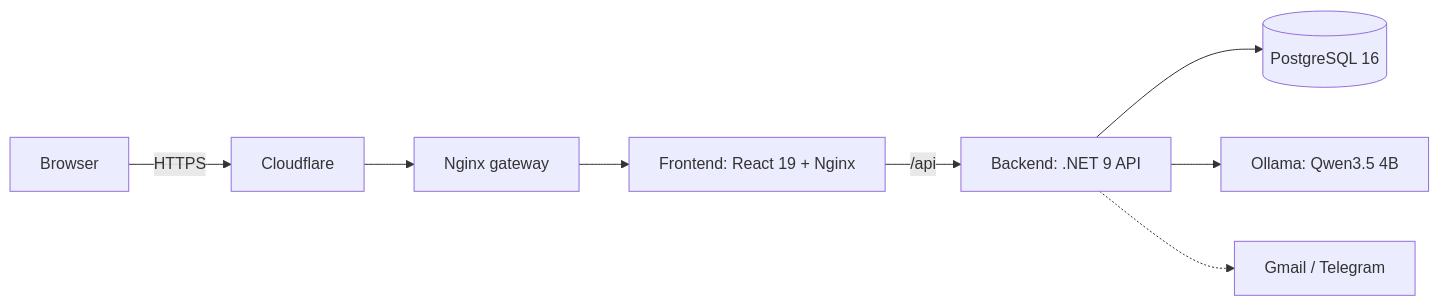
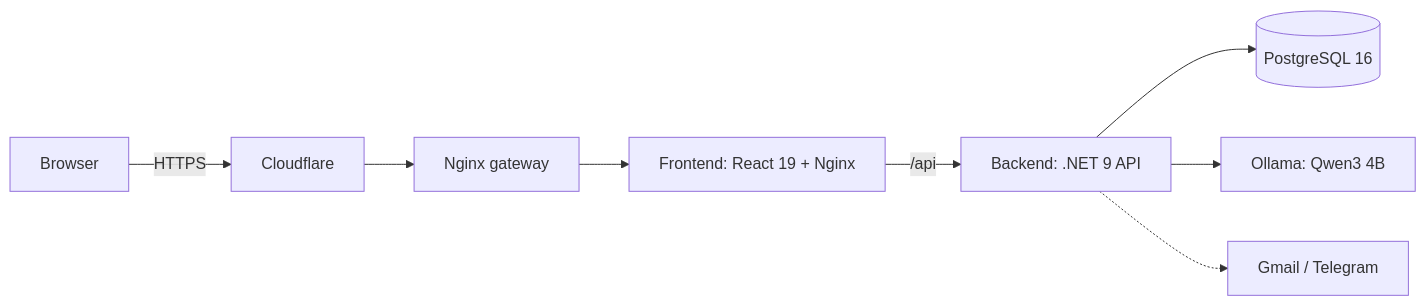
Before and after one commit to VyKhoi/Portfolio: the diagram in README.md, drawn with Mermaid. The commit also changed other lines of this file and 24 other files, not shown here.

````diff
--- a/README.md
+++ b/README.md
@@ -23,10 +23,10 @@
 ```mermaid
 graph LR
     U["Browser"] -->|"HTTPS"| CF["Cloudflare"]
     CF --> GW["Nginx gateway"]
     GW --> FE["Frontend: React 19 + Nginx"]
     FE -->|"/api"| BE["Backend: .NET 9 API"]
     BE --> DB[("PostgreSQL 16")]
-    BE --> AI["Ollama: Qwen3.5 4B"]
+    BE --> AI["Ollama: Qwen3 4B"]
     BE -.-> N["Gmail / Telegram"]
 ```
````
